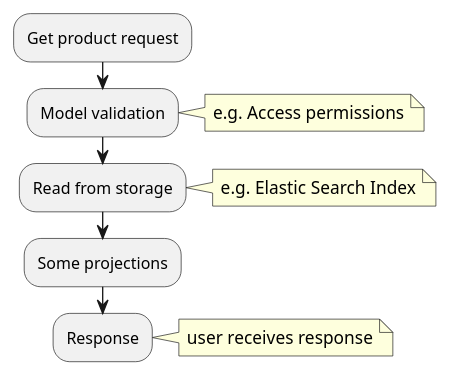
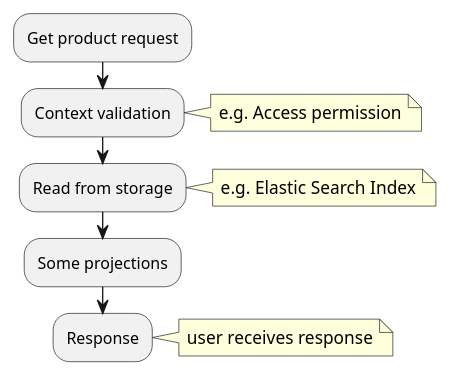
One commit to architects-guru/Articles changed the diagram in cqrs-flow-activity-read-flow.plantuml. Above: the diagram before and after it, drawn with PlantUML.

Commit message:
Improve read diagram

```diff
--- a/cqrs-flow-activity-read-flow.plantuml
+++ b/cqrs-flow-activity-read-flow.plantuml
@@ -3,16 +3,16 @@
 @startuml
 :Get product request;
-:Model validation;
+:Context validation;
 note right
-    e.g. Access permissions
+    e.g. Access permission
 end note
 :Read from storage;
 note right
     e.g. Elastic Search Index
 end note
 :Some projections;
 :Response;
 note right
   user receives response
 end note
 @enduml
```
